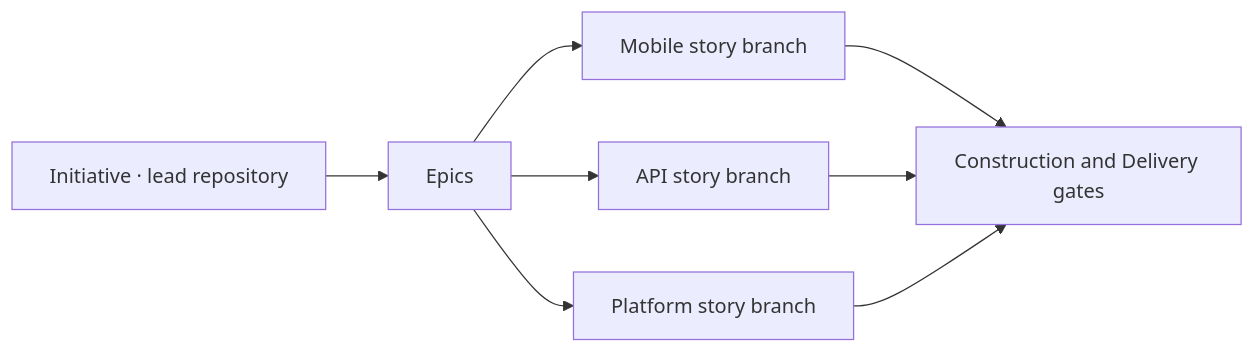
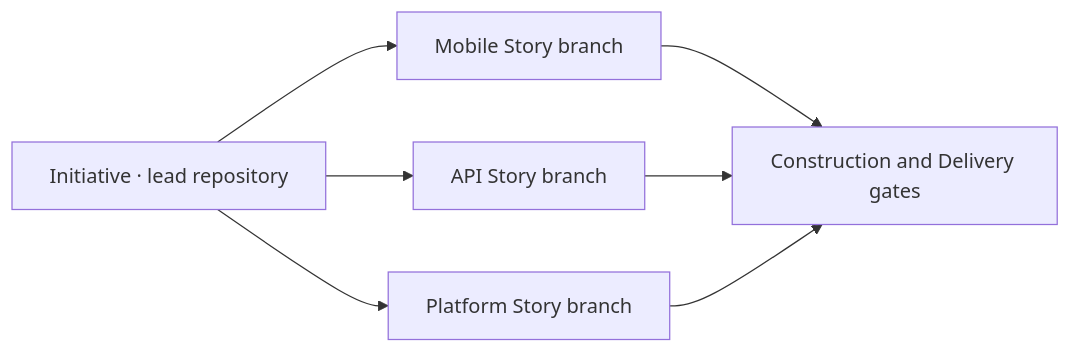
The diagram in INITIATIVE-ORCHESTRATION.md (ashokraj2011/singularityflow), drawn with Mermaid before and after one commit. The commit also changed other lines of this file and 4 other files, not shown here.

````diff
--- a/INITIATIVE-ORCHESTRATION.md
+++ b/INITIATIVE-ORCHESTRATION.md
@@ -5,10 +10,9 @@
 ```mermaid
 flowchart LR
-  I["Initiative · lead repository"] --> E["Epics"]
-  E --> M["Mobile story branch"]
-  E --> A["API story branch"]
-  E --> P["Platform story branch"]
+  I["Initiative · lead repository"] --> M["Mobile Story branch"]
+  I --> A["API Story branch"]
+  I --> P["Platform Story branch"]
   M --> G["Construction and Delivery gates"]
   A --> G
   P --> G
 ```
````
